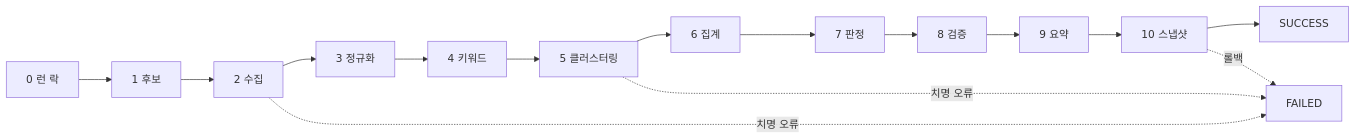
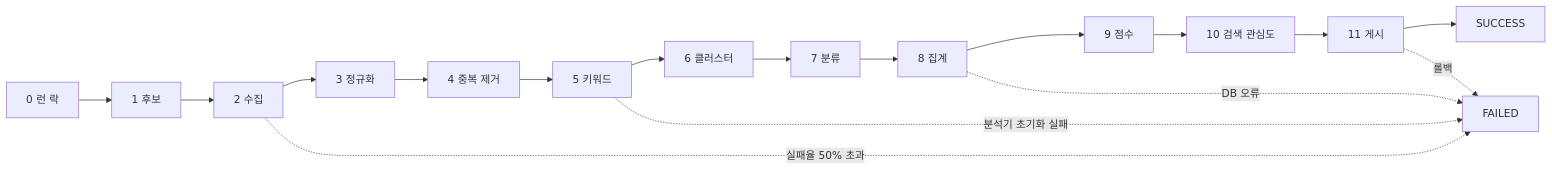
Before and after one commit to zxc8661/korea_pulse_back: the second of 2 diagrams in doc/02-시스템-설계서.md, drawn with Mermaid. The commit also changed other lines of this file and 7 other files, not shown here.

````diff
--- a/doc/02-시스템-설계서.md
+++ b/doc/02-시스템-설계서.md
@@ -120,9 +125,10 @@
 ```mermaid
 flowchart LR
-    L["0 런 락"] --> S1["1 후보"] --> S2["2 수집"] --> S3["3 정규화"] --> S4["4 키워드"] --> S5["5 클러스터링"]
-    S5 --> S6["6 집계"] --> S7["7 판정"] --> S8["8 검증"] --> S9["9 요약"] --> S10["10 스냅샷"]
-    S10 --> OK["SUCCESS"]
-    S2 -. 치명 오류 .-> NG["FAILED"]
-    S5 -. 치명 오류 .-> NG
-    S10 -. 롤백 .-> NG
+    L["0 런 락"] --> S1["1 후보"] --> S2["2 수집"] --> S3["3 정규화"] --> S4["4 중복 제거"]
+    S4 --> S5["5 키워드"] --> S6["6 클러스터"] --> S7["7 분류"] --> S8["8 집계"]
+    S8 --> S9["9 점수"] --> S10["10 검색 관심도"] --> S11["11 게시"] --> OK["SUCCESS"]
+    S2 -. 실패율 50% 초과 .-> NG["FAILED"]
+    S5 -. 분석기 초기화 실패 .-> NG
+    S8 -. DB 오류 .-> NG
+    S11 -. 롤백 .-> NG
 ```
````
